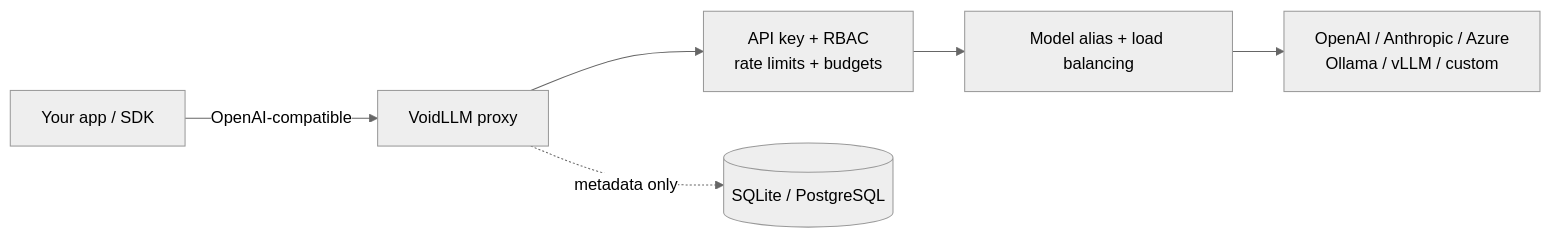
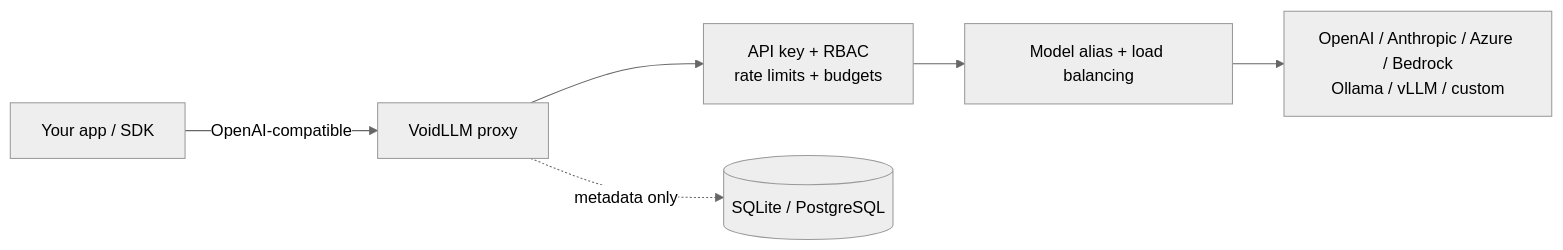
Before and after one commit to voidmind-io/voidllm: the diagram in README.md, drawn with Mermaid (neutral theme). The commit also changed other lines of this file and 48 other files, not shown here.

````diff
--- a/README.md
+++ b/README.md
@@ -45,8 +45,8 @@
 ```mermaid
 flowchart LR
     App[Your app / SDK] -->|OpenAI-compatible| Proxy[VoidLLM proxy]
     Proxy --> Gate[API key + RBAC<br/>rate limits + budgets]
     Gate --> Router[Model alias + load balancing]
-    Router --> Providers[OpenAI / Anthropic / Azure<br/>Ollama / vLLM / custom]
+    Router --> Providers[OpenAI / Anthropic / Azure / Bedrock<br/>Ollama / vLLM / custom]
     Proxy -. metadata only .-> DB[(SQLite / PostgreSQL)]
 ```
````
